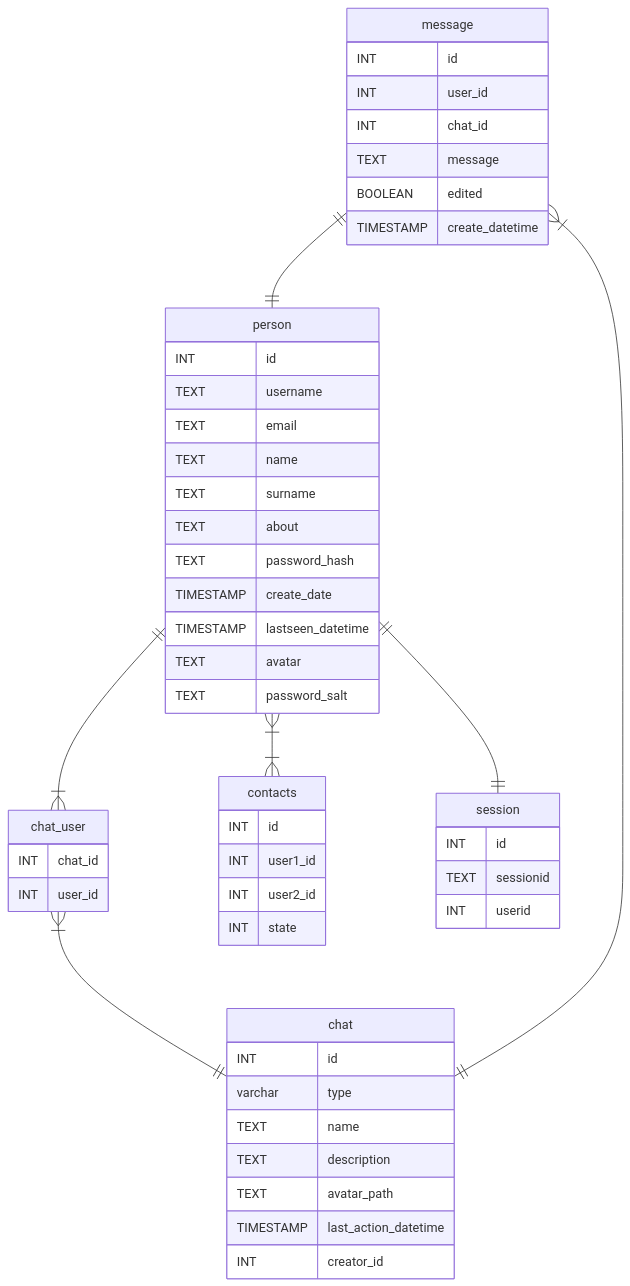
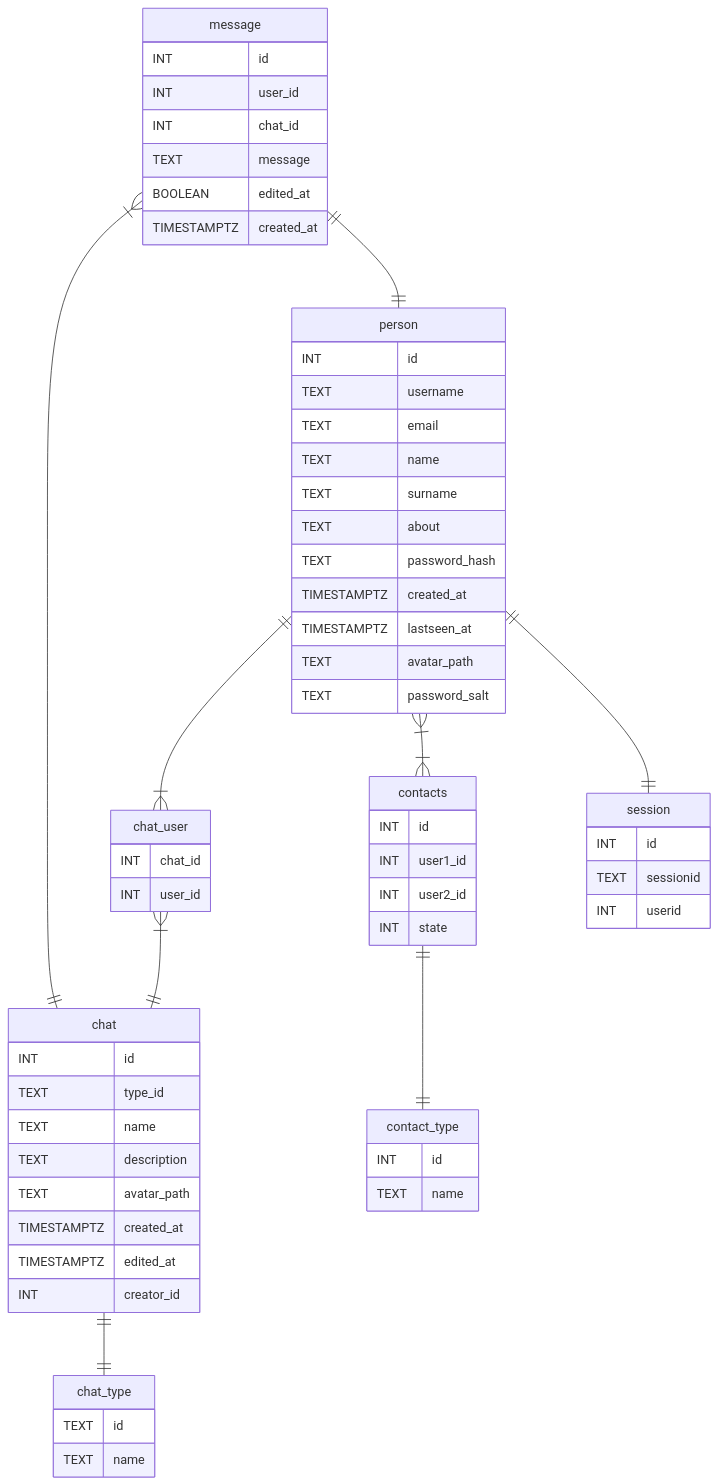
One commit to go-park-mail-ru/2024_1_commandName changed the diagram in db/normalized/relations.md. Above: the diagram before and after it, drawn with Mermaid.

Commit message:
Fixed er diagram

````diff
--- a/db/normalized/relations.md
+++ b/db/normalized/relations.md
@@ -22,59 +22,73 @@
 ```mermaid
 erDiagram
     person {
         INT id
         TEXT username
         TEXT email
         TEXT name
         TEXT surname
         TEXT about
         TEXT password_hash
-        TIMESTAMP create_date
-        TIMESTAMP lastseen_datetime
-        TEXT avatar
+        TIMESTAMPTZ created_at
+        TIMESTAMPTZ lastseen_at
+        TEXT avatar_path
         TEXT password_salt
     }
     
     chat {
-        INT id          
-        varchar type        
-        TEXT name        
-        TEXT description 
-        TEXT avatar_path 
-        TIMESTAMP last_action_datetime 
-        INT creator_id  
+        INT id
+        TEXT type_id
+        TEXT name
+        TEXT description
+        TEXT avatar_path
+        TIMESTAMPTZ created_at
+        TIMESTAMPTZ edited_at
+        INT creator_id
+    }
+    
+    chat_type {
+        TEXT id   
+        TEXT name 
     }
     
     chat_user {
         INT chat_id
         INT user_id
     }
     
     message {
         INT id
         INT user_id
         INT chat_id
         TEXT message
-        BOOLEAN edited
-        TIMESTAMP create_datetime
+        BOOLEAN edited_at
+        TIMESTAMPTZ created_at
     }
+    
     contacts {
-        INT id              
-        INT user1_id 
-        INT user2_id 
-        INT state 
+         INT id
+         INT user1_id
+         INT user2_id
+         INT state
+    }
+    
+    contact_type {
+        INT id
+        TEXT name
     }
     
     session {
         INT id
         TEXT sessionid
         INT userid
     }
     
      person ||--|{ chat_user : ""
      chat_user }|--|| chat : ""
+     chat ||--|| chat_type : ""
      message }|--|| chat : ""
      message ||--|| person : ""
      person }|--|{ contacts : ""
+     contacts ||--|| contact_type : ""
      person ||--|| session : ""
 ```
````
